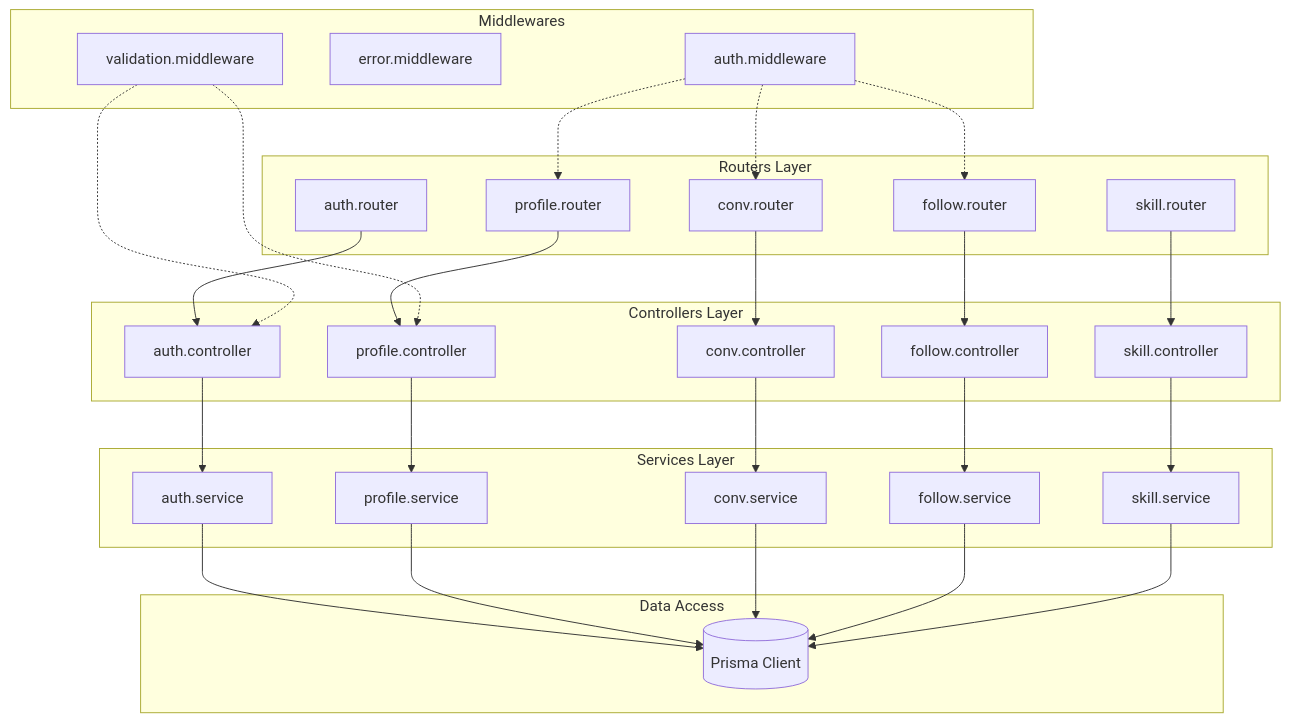
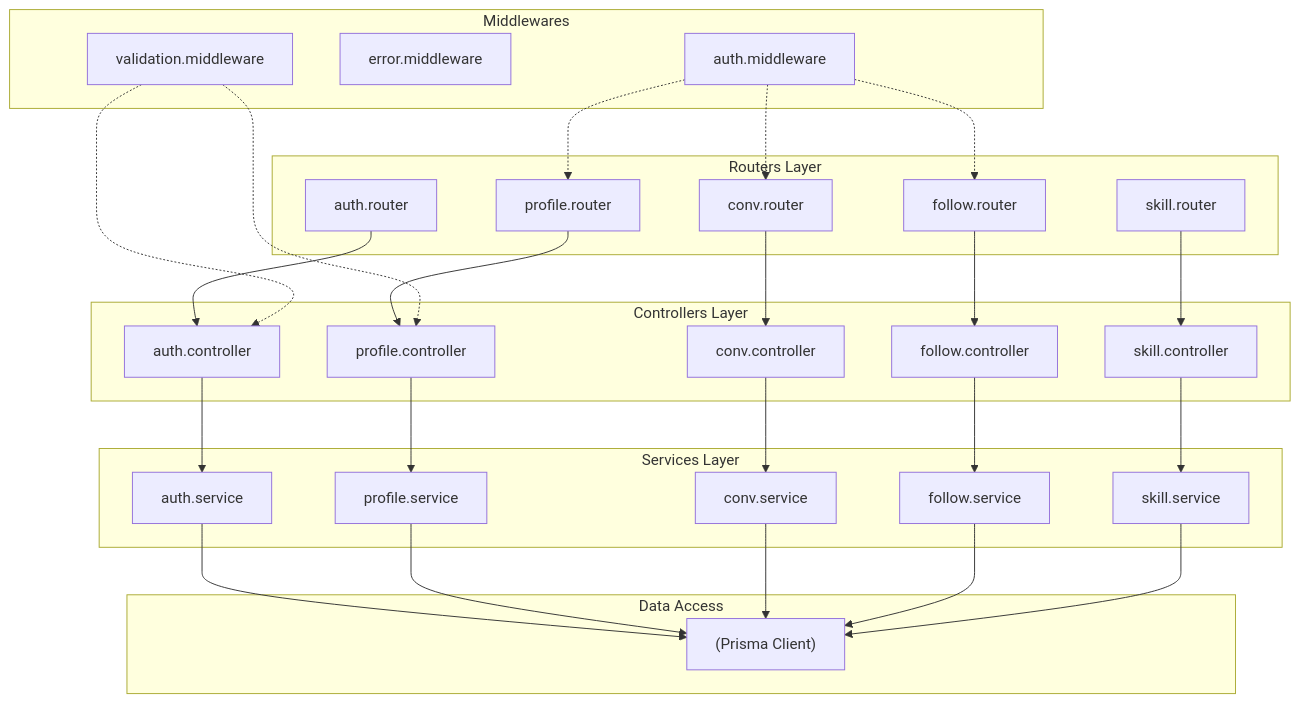
Before and after one commit to Sojeremy/documentation-skillswap: the diagram in docs/documentation-implementation/arc42/05-building-blocks/backend.md, drawn with Mermaid. The commit also changed 14 other files, not shown here.

Commit message:
docs: fix syntaxe Mermaid (labels quotés sur flowchart/graph) — 15 fichiers

````diff
--- a/docs/documentation-implementation/arc42/05-building-blocks/backend.md
+++ b/docs/documentation-implementation/arc42/05-building-blocks/backend.md
@@ -5,60 +5,60 @@
 ```mermaid
 graph TB
     subgraph "Routers Layer"
-        R1[auth.router]
-        R2[profile.router]
-        R3[conv.router]
-        R4[follow.router]
-        R5[skill.router]
+        R1["auth.router"]
+        R2["profile.router"]
+        R3["conv.router"]
+        R4["follow.router"]
+        R5["skill.router"]
     end
 
     subgraph "Controllers Layer"
-        C1[auth.controller]
-        C2[profile.controller]
-        C3[conv.controller]
-        C4[follow.controller]
-        C5[skill.controller]
+        C1["auth.controller"]
+        C2["profile.controller"]
+        C3["conv.controller"]
+        C4["follow.controller"]
+        C5["skill.controller"]
     end
 
     subgraph "Services Layer"
-        S1[auth.service]
-        S2[profile.service]
-        S3[conv.service]
-        S4[follow.service]
-        S5[skill.service]
+        S1["auth.service"]
+        S2["profile.service"]
+        S3["conv.service"]
+        S4["follow.service"]
+        S5["skill.service"]
     end
 
     subgraph "Middlewares"
-        M1[auth.middleware]
-        M2[error.middleware]
-        M3[validation.middleware]
+        M1["auth.middleware"]
+        M2["error.middleware"]
+        M3["validation.middleware"]
     end
 
     subgraph "Data Access"
-        DB[(Prisma Client)]
+        DB["(Prisma Client)"]
     end
 
     R1 --> C1
     R2 --> C2
     R3 --> C3
     R4 --> C4
     R5 --> C5
 
     C1 --> S1
     C2 --> S2
     C3 --> S3
     C4 --> S4
     C5 --> S5
 
     S1 --> DB
     S2 --> DB
     S3 --> DB
     S4 --> DB
     S5 --> DB
 
     M1 -.-> R2
     M1 -.-> R3
     M1 -.-> R4
     M3 -.-> C1
     M3 -.-> C2
 ```
````
